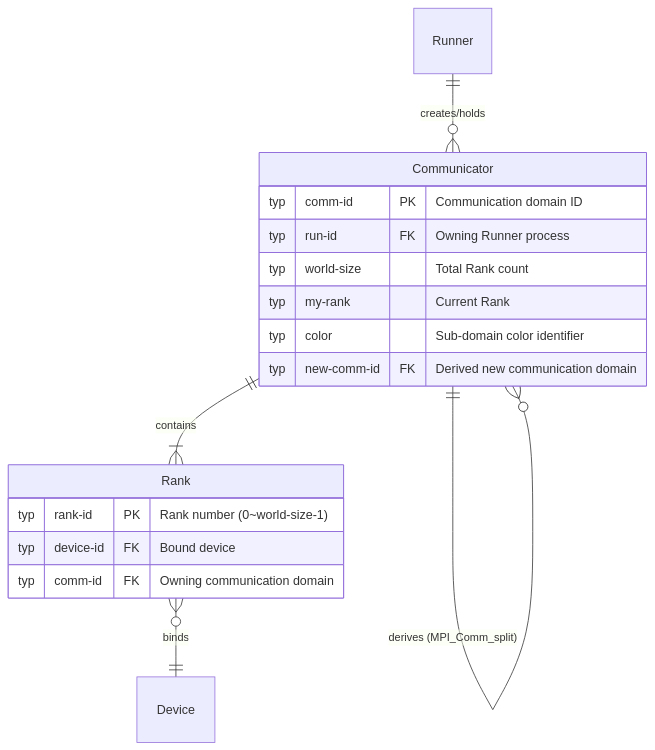
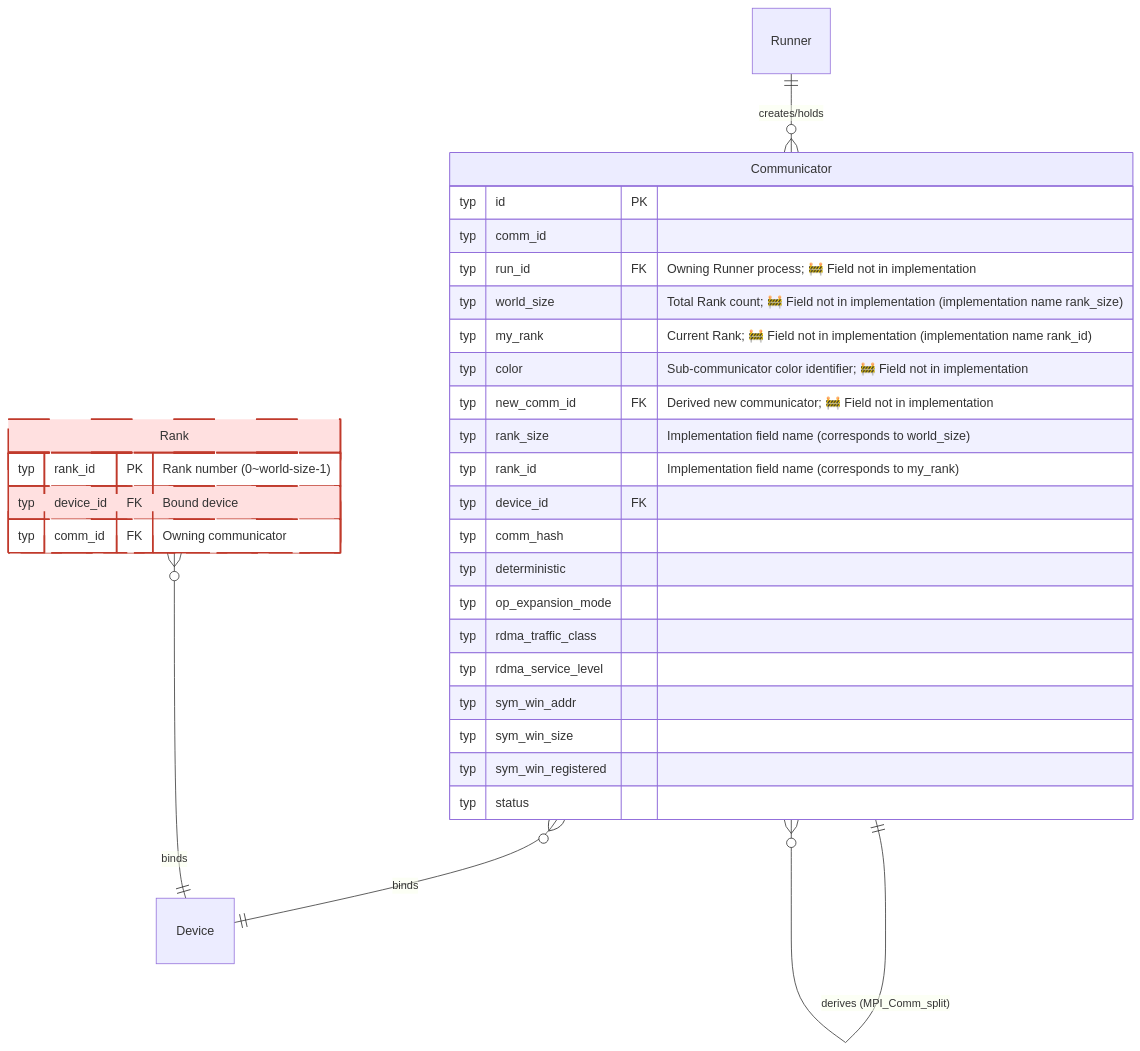
Diagram 12 of 19 in test/hccl_vm/docs/simulator_runner_data_model_en.md (Fengfengst123/hcomm-mirror), drawn with Mermaid before and after one commit. The commit also changed other lines of this file and 701 other files, not shown here.

````diff
--- a/test/hccl_vm/docs/simulator_runner_data_model_en.md
+++ b/test/hccl_vm/docs/simulator_runner_data_model_en.md
@@ -886,23 +1077,39 @@
 ```mermaid
 erDiagram
     %% ==========================================
     %% Communication Domain Definition (HCCL Communicator)
     %% ==========================================
     Communicator {
-        typ comm-id PK "Communication domain ID"
-        typ run-id FK "Owning Runner process"
-        typ world-size "Total Rank count"
-        typ my-rank "Current Rank"
-        typ color "Sub-domain color identifier"
-        typ new-comm-id FK "Derived new communication domain"
+        typ id PK
+        typ comm_id
+        typ run_id FK "Owning Runner process; 🚧 Field not in implementation"
+        typ world_size "Total Rank count; 🚧 Field not in implementation (implementation name rank_size)"
+        typ my_rank "Current Rank; 🚧 Field not in implementation (implementation name rank_id)"
+        typ color "Sub-communicator color identifier; 🚧 Field not in implementation"
+        typ new_comm_id FK "Derived new communicator; 🚧 Field not in implementation"
+        typ rank_size "Implementation field name (corresponds to world_size)"
+        typ rank_id "Implementation field name (corresponds to my_rank)"
+        typ device_id FK
+        typ comm_hash
+        typ deterministic
+        typ op_expansion_mode
+        typ rdma_traffic_class
+        typ rdma_service_level
+        typ sym_win_addr
+        typ sym_win_size
+        typ sym_win_registered
+        typ status
     }
     Rank {
-        typ rank-id PK "Rank number (0~world-size-1)"
-        typ device-id FK "Bound device"
-        typ comm-id FK "Owning communication domain"
+        typ rank_id PK "Rank number (0~world-size-1)"
+        typ device_id FK "Bound device"
+        typ comm_id FK "Owning communicator"
     }
     Runner ||--o{ Communicator : "creates/holds"
-    Communicator ||--|{ Rank : "contains"
+    Communicator }o--|| Device : "binds"
     Rank }o--|| Device : "binds"
     Communicator ||--o{ Communicator : "derives (MPI_Comm_split)"
+
+    classDef unimplemented fill:#ffe0e0,stroke:#c0392b,stroke-width:2px,stroke-dasharray:5 3
+    class Rank unimplemented
 ```
````
